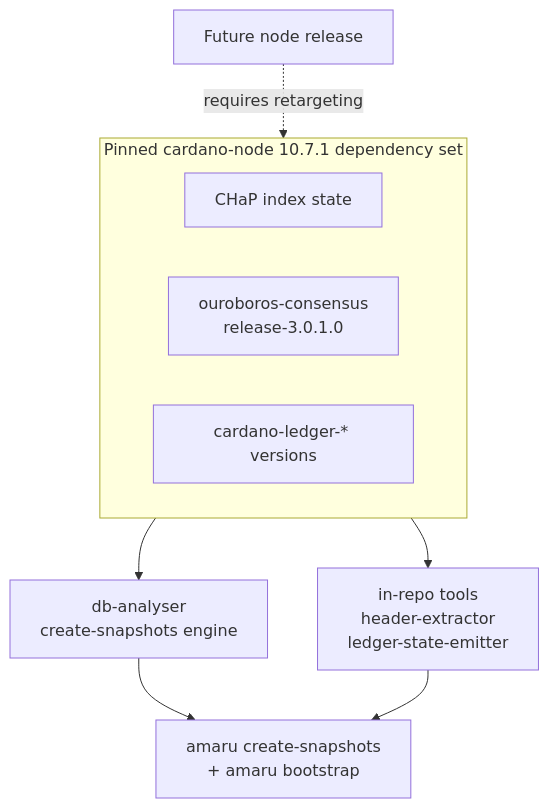
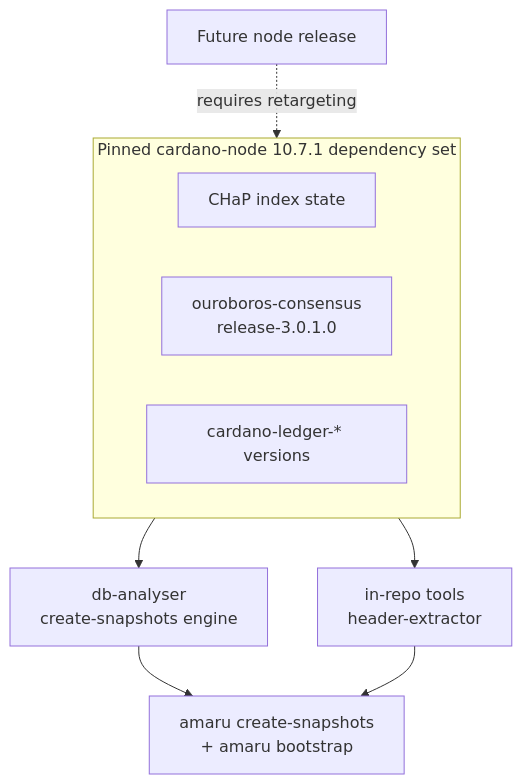
The sixth of 7 diagrams in docs/architecture.md (lambdasistemi/amaru-bootstrap), drawn with Mermaid before and after one commit. The commit also changed other lines of this file and 9 other files, not shown here.

````diff
--- a/docs/architecture.md
+++ b/docs/architecture.md
@@ -182,15 +181,15 @@
 ```mermaid
 flowchart TB
     subgraph Pinned["Pinned cardano-node 10.7.1 dependency set"]
         chap["CHaP index state"]
         consensus["ouroboros-consensus\nrelease-3.0.1.0"]
         ledger["cardano-ledger-* versions"]
     end
 
-    Pinned --> tools["in-repo tools\nheader-extractor\nledger-state-emitter"]
+    Pinned --> tools["in-repo tools\nheader-extractor"]
     Pinned --> analyser["db-analyser\ncreate-snapshots engine"]
     analyser --> amaru["amaru create-snapshots\n+ amaru bootstrap"]
     tools --> amaru
 
     other["Future node release"] -. "requires retargeting" .-> Pinned
 ```
````
